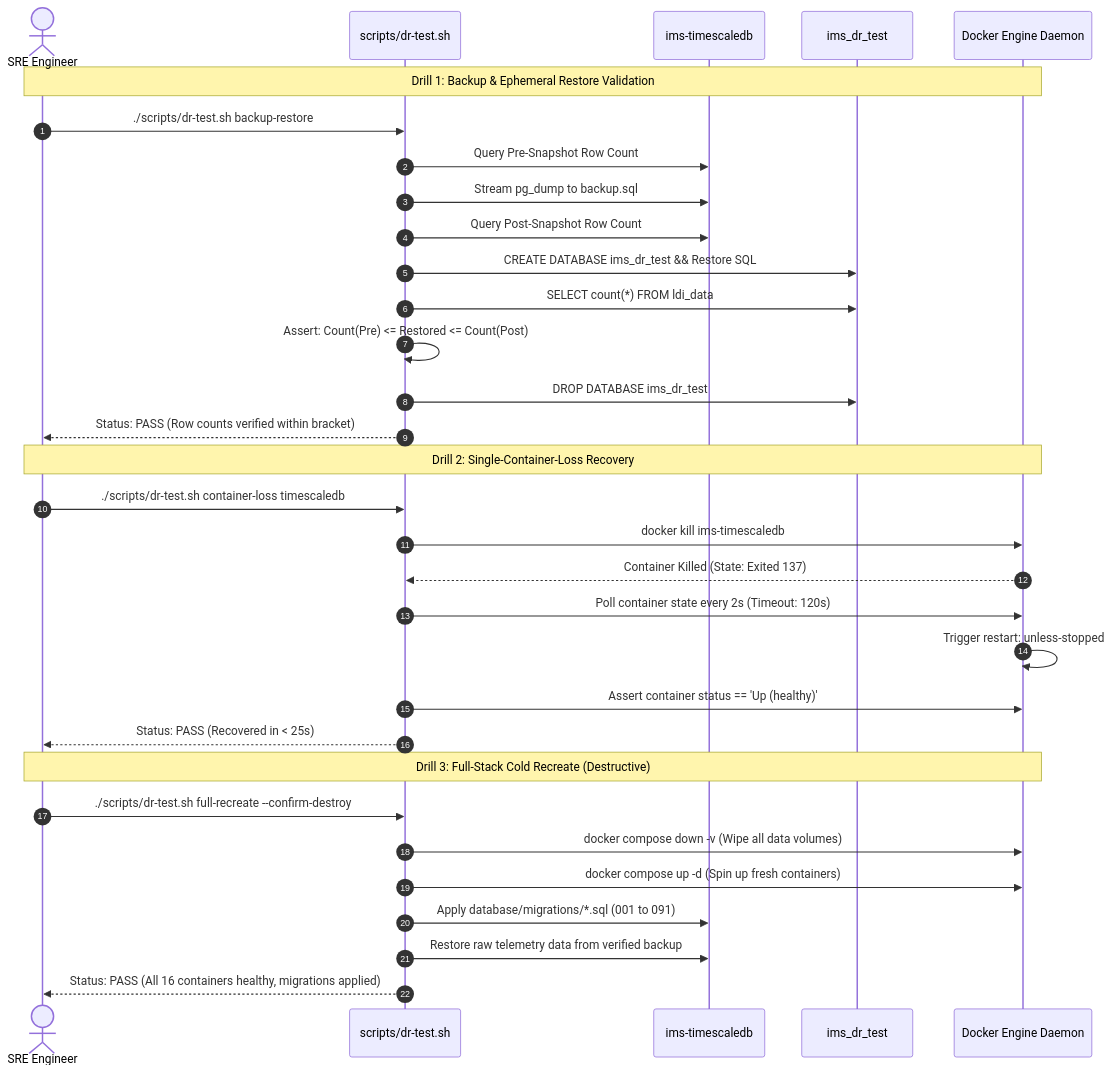
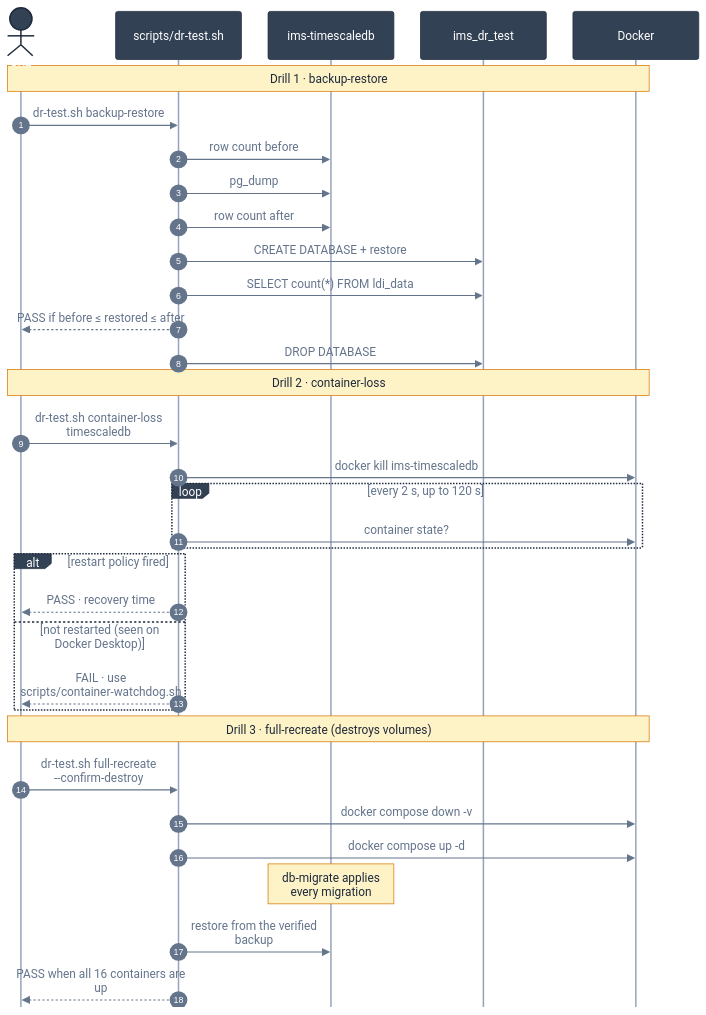
One commit to PATTANAKORN025/IMS changed the diagram in docs/operations/DR_TEST_PLAN.md. Above: the diagram before and after it, drawn with Mermaid. The commit also changed 84 other files, not shown here.

First line of the commit message:
docs(diagrams): one verified, accessible standard for every Mermaid diagram

````diff
--- a/docs/operations/DR_TEST_PLAN.md
+++ b/docs/operations/DR_TEST_PLAN.md
@@ -28,37 +28,39 @@
 ```mermaid
+%%{init: {"flowchart": {"nodeSpacing": 20, "rankSpacing": 32, "padding": 10, "wrappingWidth": 150, "curve": "basis"}, "sequence": {"wrap": true, "width": 170, "actorMargin": 36, "boxMargin": 8, "noteMargin": 8, "messageMargin": 30, "mirrorActors": false}, "state": {"padding": 6}, "theme": "base", "themeVariables": {"fontFamily": "Inter, Segoe UI, Helvetica, Arial, sans-serif", "fontSize": "14px", "primaryColor": "#334155", "primaryTextColor": "#ffffff", "primaryBorderColor": "#1e293b", "lineColor": "#64748b", "textColor": "#64748b", "secondaryColor": "#475569", "tertiaryColor": "#f1f5f9", "clusterBkg": "transparent", "clusterBorder": "#94a3b8", "titleColor": "#64748b", "edgeLabelBackground": "#475569", "nodeTextColor": "#ffffff", "noteBkgColor": "#fef3c7", "noteTextColor": "#1e293b", "noteBorderColor": "#d97706", "actorBkg": "#334155", "actorTextColor": "#ffffff", "actorBorder": "#1e293b", "actorLineColor": "#94a3b8", "signalColor": "#64748b", "signalTextColor": "#64748b", "labelBoxBkgColor": "#334155", "labelBoxBorderColor": "#1e293b", "labelTextColor": "#ffffff", "loopTextColor": "#64748b", "activationBkgColor": "#e2e8f0", "sequenceNumberColor": "#ffffff", "stateLabelColor": "#ffffff", "compositeBackground": "transparent", "transitionColor": "#64748b", "transitionLabelColor": "#64748b"}}}%%
 sequenceDiagram
+  accTitle: Disaster-recovery drills
+  accDescr: Three drills run by scripts/dr-test.sh: backup and restore into a throwaway database with a row-count bracket, killing one container and timing its restart, and a destructive full recreate that needs --confirm-destroy.
   autonumber
-  actor SRE as SRE Engineer
-  participant Script as scripts/dr-test.sh
-  participant DB as ims-timescaledb
-  participant TestDB as ims_dr_test
-  participant Docker as Docker Engine Daemon
-
-  Note over SRE,Docker: Drill 1: Backup & Ephemeral Restore Validation
-  SRE->>Script: ./scripts/dr-test.sh backup-restore
-  Script->>DB: Query Pre-Snapshot Row Count
-  Script->>DB: Stream pg_dump to backup.sql
-  Script->>DB: Query Post-Snapshot Row Count
-  Script->>TestDB: CREATE DATABASE ims_dr_test && Restore SQL
-  Script->>TestDB: SELECT count(*) FROM ldi_data
-  Script->>Script: Assert: Count(Pre) <= Restored <= Count(Post)
-  Script->>TestDB: DROP DATABASE ims_dr_test
-  Script-->>SRE: Status: PASS (Row counts verified within bracket)
-
-  Note over SRE,Docker: Drill 2: Single-Container-Loss Recovery
-  SRE->>Script: ./scripts/dr-test.sh container-loss timescaledb
-  Script->>Docker: docker kill ims-timescaledb
-  Docker-->>Script: Container Killed (State: Exited 137)
-  Script->>Docker: Poll container state every 2s (Timeout: 120s)
-  Docker->>Docker: Trigger restart: unless-stopped
-  Script->>Docker: Assert container status == 'Up (healthy)'
-  Script-->>SRE: Status: PASS (Recovered in < 25s)
-
-  Note over SRE,Docker: Drill 3: Full-Stack Cold Recreate (Destructive)
-  SRE->>Script: ./scripts/dr-test.sh full-recreate --confirm-destroy
-  Script->>Docker: docker compose down -v (Wipe all data volumes)
-  Script->>Docker: docker compose up -d (Spin up fresh containers)
-  Script->>DB: Apply database/migrations/*.sql (001 to 091)
-  Script->>DB: Restore raw telemetry data from verified backup
-  Script-->>SRE: Status: PASS (All 16 containers healthy, migrations applied)
+  actor S as SRE
+  participant R as scripts/dr-test.sh
+  participant D as ims-timescaledb
+  participant T as ims_dr_test
+  participant K as Docker
+  Note over S,K: Drill 1 · backup-restore
+  S->>R: dr-test.sh backup-restore
+  R->>D: row count before
+  R->>D: pg_dump
+  R->>D: row count after
+  R->>T: CREATE DATABASE + restore
+  R->>T: SELECT count(*) FROM ldi_data
+  R-->>S: PASS if before ≤ restored ≤ after
+  R->>T: DROP DATABASE
+  Note over S,K: Drill 2 · container-loss
+  S->>R: dr-test.sh container-loss timescaledb
+  R->>K: docker kill ims-timescaledb
+  loop every 2 s, up to 120 s
+    R->>K: container state?
+  end
+  alt restart policy fired
+    R-->>S: PASS · recovery time
+  else not restarted (seen on Docker Desktop)
+    R-->>S: FAIL · use scripts/container-watchdog.sh
+  end
+  Note over S,K: Drill 3 · full-recreate (destroys volumes)
+  S->>R: dr-test.sh full-recreate --confirm-destroy
+  R->>K: docker compose down -v
+  R->>K: docker compose up -d
+  Note over D: db-migrate applies every migration
+  R->>D: restore from the verified backup
+  R-->>S: PASS when all 16 containers are up
 ```
````
